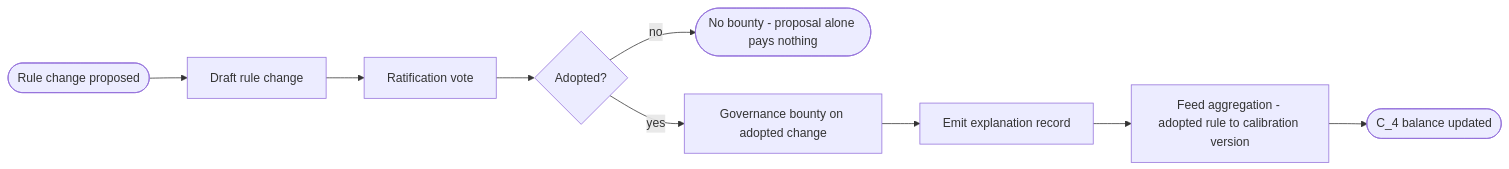
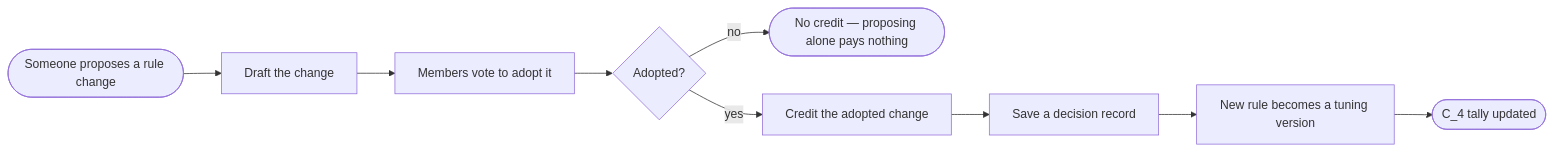
The seventh of 24 diagrams in docs/contribution-economy/README.md (vijayee/resonantdao-example), drawn with Mermaid before and after one commit. The commit also changed other lines of this file, not shown here.

````diff
--- a/docs/contribution-economy/README.md
+++ b/docs/contribution-economy/README.md
@@ -166,6 +163,6 @@
 ```mermaid
 flowchart LR
-  S([Rule change proposed]) --> D[Draft rule change] --> V[Ratification vote] --> G{Adopted?}
-  G -->|no| E1([No bounty - proposal alone pays nothing])
-  G -->|yes| B[Governance bounty on adopted change] --> RC[Emit explanation record] --> FA[Feed aggregation - adopted rule to calibration version] --> E2([C_4 balance updated])
+  S([Someone proposes a rule change]) --> D[Draft the change] --> V[Members vote to adopt it] --> G{Adopted?}
+  G -->|no| E1([No credit — proposing alone pays nothing])
+  G -->|yes| B[Credit the adopted change] --> RC[Save a decision record] --> FA[New rule becomes a tuning version] --> E2([C_4 tally updated])
 ```
````
